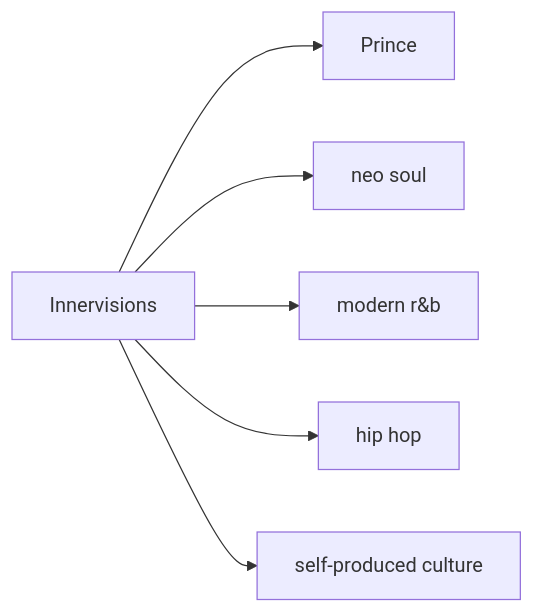
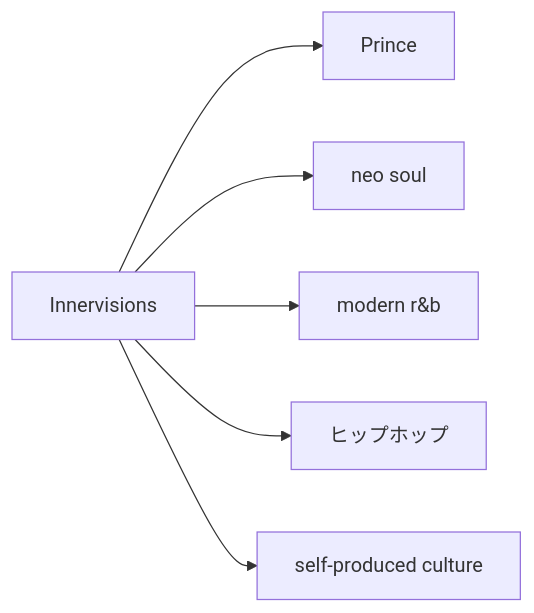
The fifth of 7 diagrams in en/_posts/2026-07-03-column-influential-album-06.md (monumental-movement/monumental-movement.github.io), drawn with Mermaid before and after one commit. The commit also changed other lines of this file and 2196 other files, not shown here.

```diff
--- a/en/_posts/2026-07-03-column-influential-album-06.md
+++ b/en/_posts/2026-07-03-column-influential-album-06.md
@@ -551,16 +551,16 @@
 <div class="mermaid">
 flowchart LR
 A[Innervisions]
 B[Prince]
 C[neo soul]
 D[modern r&b]
-E[hip hop]
+E[ヒップホップ]
 F[self-produced culture]
 
 A --> B
 A --> C
 A --> D
 A --> E
 A --> F
 
 </div>
```
